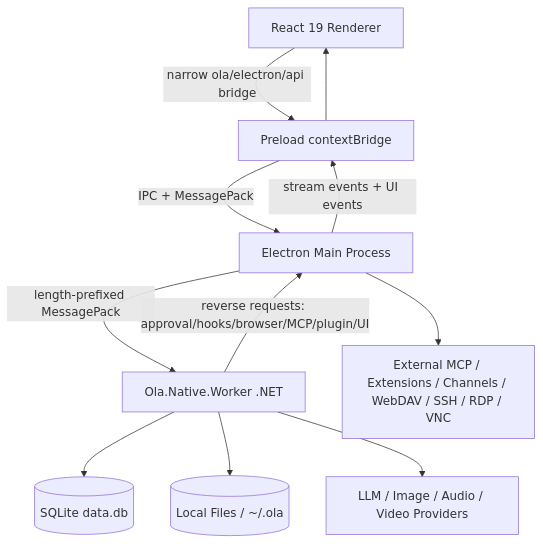
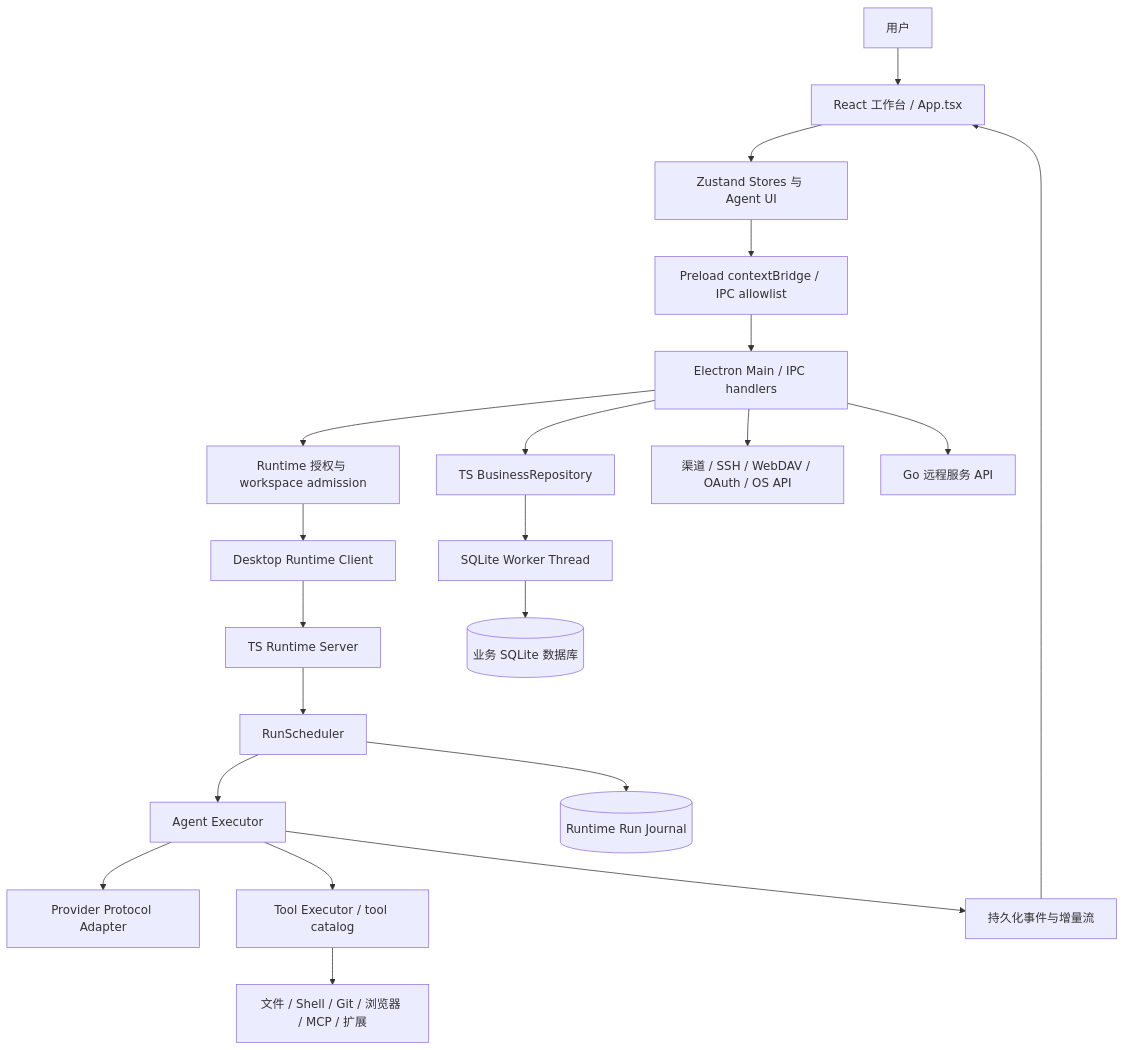
Before and after one commit to Leevity/Ola: the first of 3 diagrams in AI_ANALYSIS.md, drawn with Mermaid. The commit also changed other lines of this file and 1265 other files, not shown here.

Commit message:
feat(workbench): complete runtime security and workspace experience

````diff
--- a/AI_ANALYSIS.md
+++ b/AI_ANALYSIS.md
@@ -49,22 +34,23 @@
 ```mermaid
 graph TD
-  UI[React 19 Renderer]
-  PRE[Preload contextBridge]
-  MAIN[Electron Main Process]
-  WORKER[Ola.Native.Worker .NET]
-  DB[(SQLite data.db)]
-  FS[(Local Files / ~/.ola)]
-  PROVIDER[LLM / Image / Audio / Video Providers]
-  EXT[External MCP / Extensions / Channels / WebDAV / SSH / RDP / VNC]
-
-  UI -->|narrow ola/electron/api bridge| PRE
-  PRE -->|IPC + MessagePack| MAIN
-  MAIN -->|length-prefixed MessagePack| WORKER
-  WORKER --> DB
-  WORKER --> FS
-  WORKER --> PROVIDER
-  MAIN --> EXT
-  WORKER -->|reverse requests: approval/hooks/browser/MCP/plugin/UI| MAIN
-  MAIN -->|stream events + UI events| PRE
-  PRE --> UI
+  User[用户] --> UI[React 工作台 / App.tsx]
+  UI --> Stores[Zustand Stores 与 Agent UI]
+  Stores --> Preload[Preload contextBridge / IPC allowlist]
+  Preload --> Main[Electron Main / IPC handlers]
+  Main --> Admission[Runtime 授权与 workspace admission]
+  Admission --> RuntimeClient[Desktop Runtime Client]
+  RuntimeClient --> RuntimeServer[TS Runtime Server]
+  RuntimeServer --> Scheduler[RunScheduler]
+  Scheduler --> Agent[Agent Executor]
+  Agent --> Provider[Provider Protocol Adapter]
+  Agent --> ToolExec[Tool Executor / tool catalog]
+  ToolExec --> LocalTools[文件 / Shell / Git / 浏览器 / MCP / 扩展]
+  Scheduler --> Journal[(Runtime Run Journal)]
+  Main --> BusinessRepo[TS BusinessRepository]
+  BusinessRepo --> BusinessWorker[SQLite Worker Thread]
+  BusinessWorker --> DB[(业务 SQLite 数据库)]
+  Main --> Integrations[渠道 / SSH / WebDAV / OAuth / OS API]
+  Main --> Remote[Go 远程服务 API]
+  Agent --> Events[持久化事件与增量流]
+  Events --> UI
 ```
````
